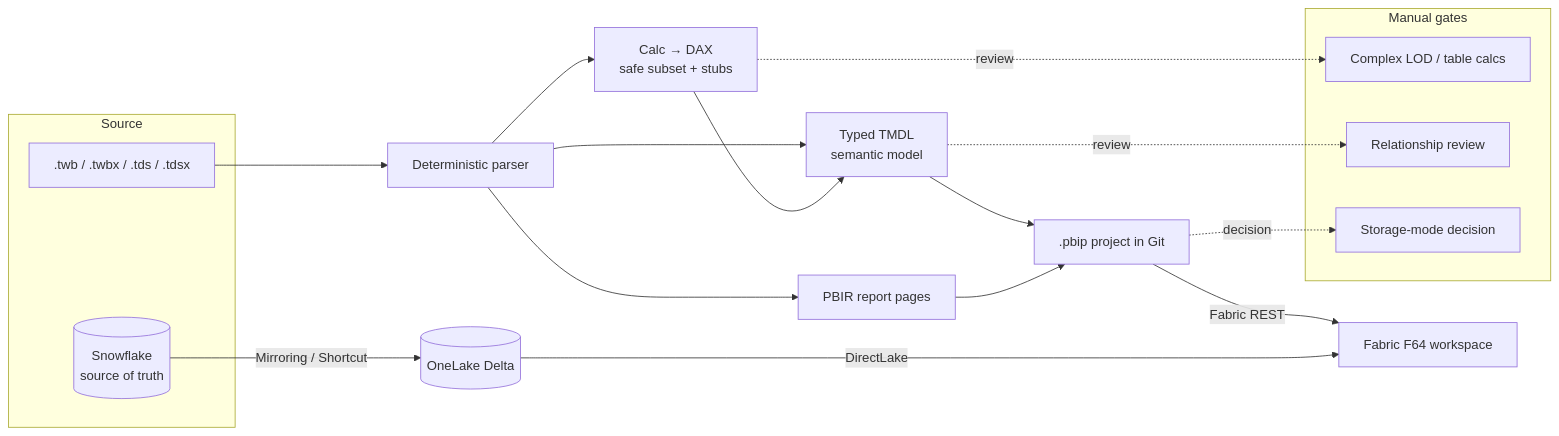
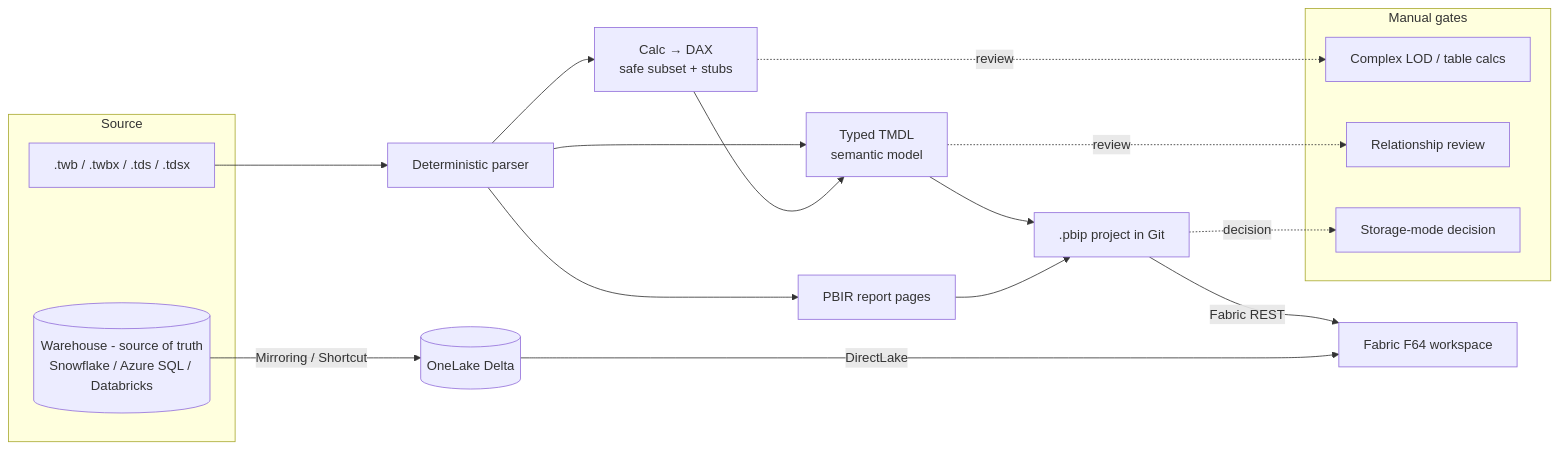
One commit to rasgiza/tableau-migration-accelerator changed the second of 3 diagrams in docs/architecture.md. Above: the diagram before and after it, drawn with Mermaid. The commit also changed other lines of this file and 1 other file, not shown here.

First line of the commit message:
docs(arch): add source-agnostic big-picture diagram + generalize architecture

````diff
--- a/docs/architecture.md
+++ b/docs/architecture.md
@@ -50,25 +54,25 @@
 ```mermaid
 flowchart LR
     subgraph Source
       TWBX[.twb / .twbx / .tds / .tdsx]
-      SNOW[(Snowflake<br/>source of truth)]
+      SNOW[(Warehouse - source of truth<br/>Snowflake / Azure SQL / Databricks)]
     end
     TWBX --> PARSE[Deterministic parser]
     PARSE --> TMDL[Typed TMDL<br/>semantic model]
     PARSE --> CALC[Calc → DAX<br/>safe subset + stubs]
     CALC --> TMDL
     PARSE --> PBIR[PBIR report pages]
     TMDL --> PBIP[.pbip project in Git]
     PBIR --> PBIP
     PBIP -->|Fabric REST| WS[Fabric F64 workspace]
     SNOW -->|Mirroring / Shortcut| OL[(OneLake Delta)]
     OL -->|DirectLake| WS
     subgraph Manual gates
       LOD[Complex LOD / table calcs]
       REL[Relationship review]
       STORE[Storage-mode decision]
     end
     CALC -.review.-> LOD
     TMDL -.review.-> REL
     PBIP -.decision.-> STORE
 ```
````
